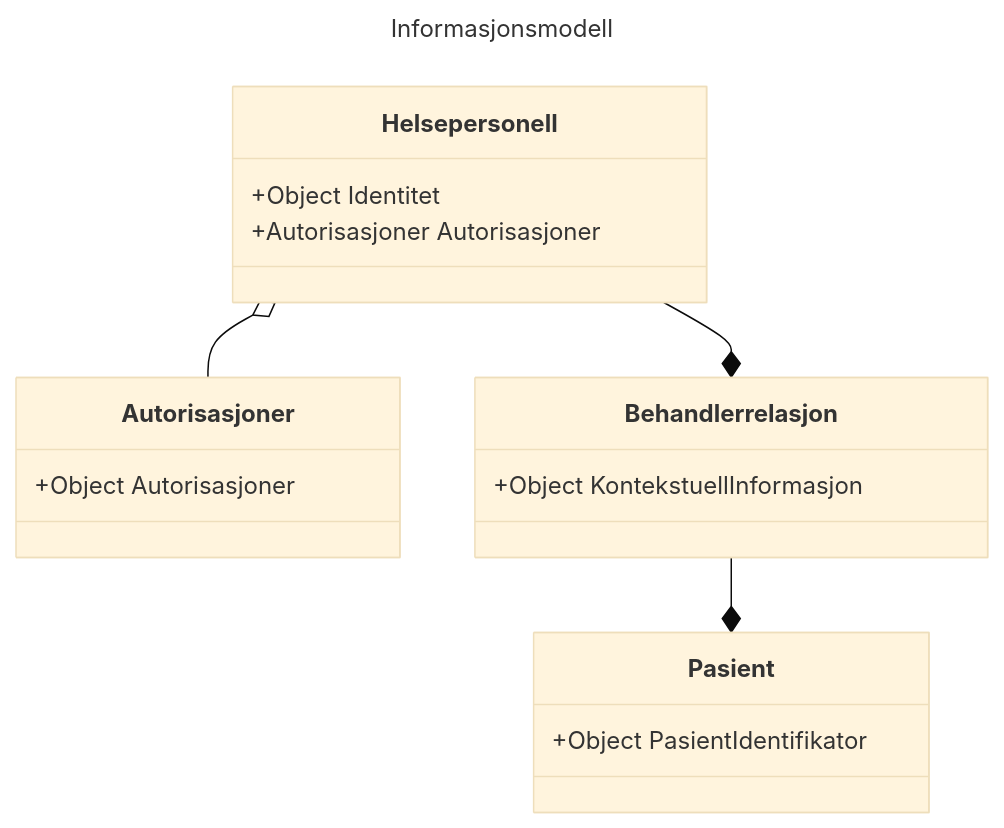
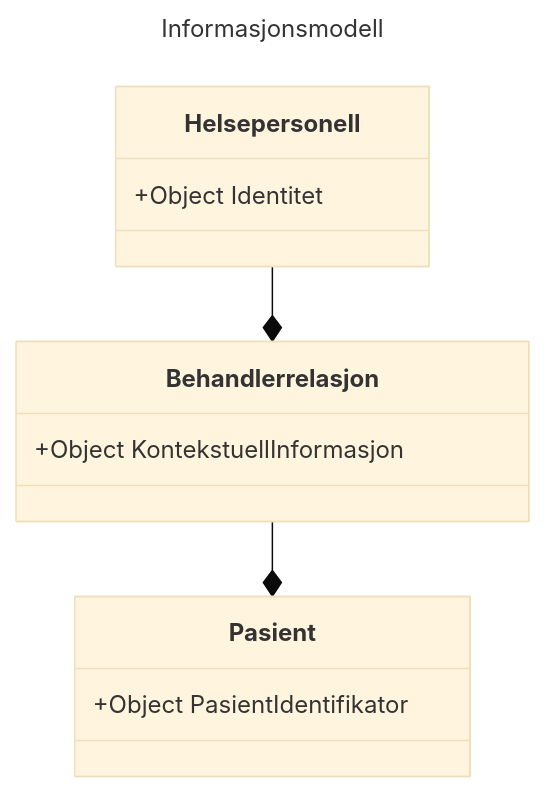
The first of 2 diagrams in specs/informasjons_og_datamodell.md (NorskHelsenett/Tillitsrammeverk), drawn with Mermaid (base theme) before and after one commit. The commit also changed other lines of this file, not shown here.

First line of the commit message:
Issue #42 - Fjernet informasjonselementer som beskriver autorisasjoner og lisenser

````diff
--- a/specs/informasjons_og_datamodell.md
+++ b/specs/informasjons_og_datamodell.md
@@ -100,23 +100,18 @@
 ```mermaid
 ---
 title: Informasjonsmodell
 ---
 classDiagram
-    Helsepersonell o-- Autorisasjoner
 	Helsepersonell --* Behandlerrelasjon
 	Behandlerrelasjon --* Pasient
-    class Autorisasjoner{
-	    +Object Autorisasjoner
-    }
     class Helsepersonell{
 	    +Object Identitet
-	    +Autorisasjoner Autorisasjoner
     }
     class Behandlerrelasjon{
 		+Object KontekstuellInformasjon
     }
     class Pasient{
     		+Object PasientIdentifikator
     }
 
 ```
````
